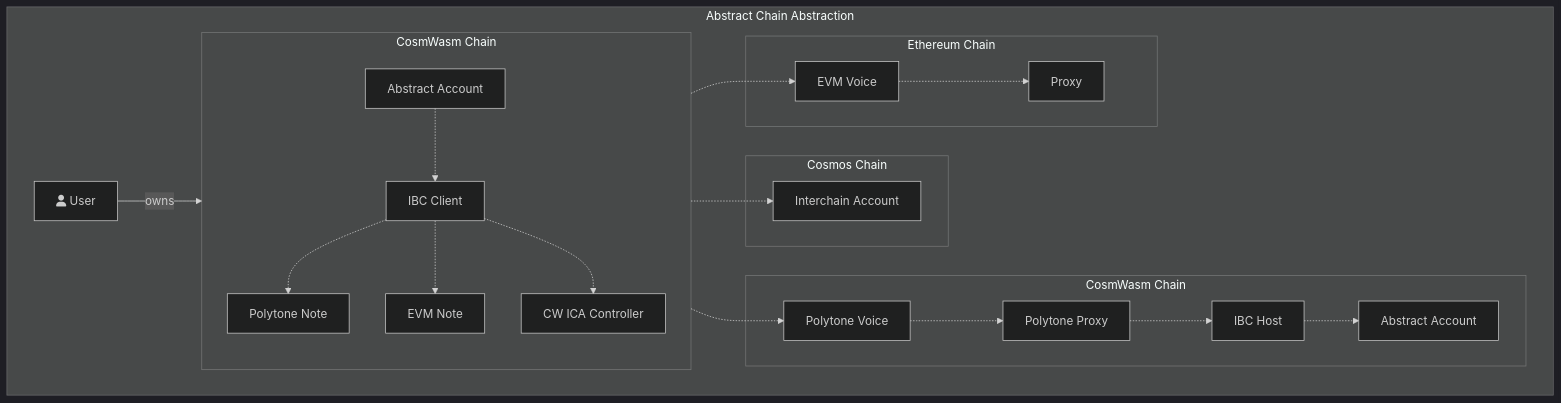
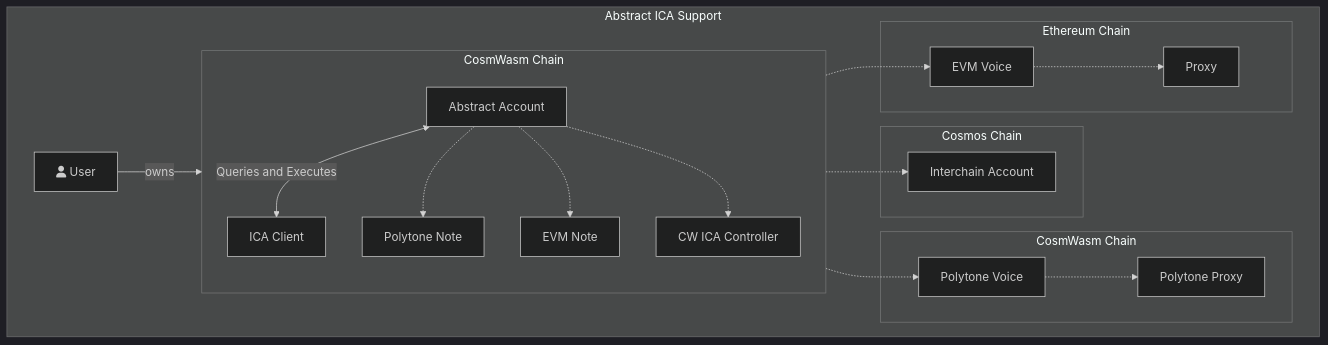
The diagram in framework/contracts/native/ica-client/README.md (AbstractSDK/abstract), drawn with Mermaid (dark theme) before and after one commit. The commit also changed other lines of this file and 1 other file, not shown here.

Commit message:
update readmes

````diff
--- a/framework/contracts/native/ica-client/README.md
+++ b/framework/contracts/native/ica-client/README.md
@@ -9,38 +5,35 @@
 ```mermaid
 flowchart 
-    subgraph Abstract Chain Abstraction
+    subgraph Abstract ICA Support
         direction LR
         subgraph CosmWasm Chain
-            A4[Abstract Account]
-            IH[IBC Host]
             PV[Polytone Voice]
             PP[Polytone Proxy]
         end
 
         subgraph Cosmos Chain
             A5[Interchain Account]
         end
 
         subgraph Ethereum Chain
             A6[Proxy]
             EV[EVM Voice]
             EV -.-> A6
         end
 
         subgraph CosmWasm Chain
         direction TB
-        A3 -.-> IC[IBC Client]
-        IC -.-> PN[Polytone Note]
-        IC -.-> EN[EVM Note]
-        IC -.-> CI[CW ICA Controller]
+        ICAC[ICA Client]
+        A3 <-- Queries and Executes --> ICAC
+        A3 -.-> PN[Polytone Note]
+        A3 -.-> EN[EVM Note]
+        A3 -.-> CI[CW ICA Controller]
         end
 
         User2[fa:fa-user User] -- owns --> A3["Abstract Account"]
         CI -.-> A5
         PN -.-> PV
         PV -.-> PP
-        PP -.-> IH
-        IH -.-> A4
         EN -.-> EV
     end
 ```
````
